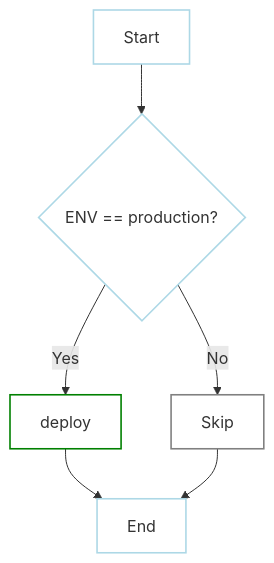
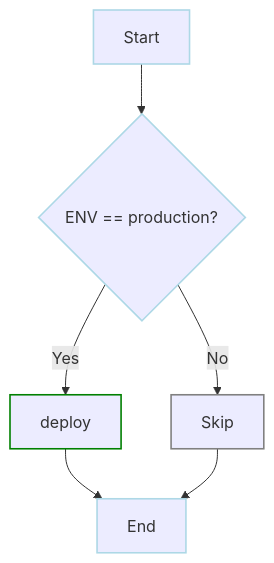
One commit to dagu-org/dagu changed the fifth of 8 diagrams in docs-next/writing-workflows/examples/index.md. Above: the diagram before and after it, drawn with Mermaid. The commit also changed other lines of this file and 8 other files, not shown here.

````diff
--- a/docs-next/writing-workflows/examples/index.md
+++ b/docs-next/writing-workflows/examples/index.md
@@ -177,14 +176,14 @@
 ```mermaid
 flowchart TD
     A[Start] --> B{ENV == production?}
     B -->|Yes| C[deploy]
     B -->|No| D[Skip]
     C --> E[End]
     D --> E
     
-    style A fill:white,stroke:lightblue,stroke-width:1.6px,color:#333
-    style B fill:white,stroke:lightblue,stroke-width:1.6px,color:#333
-    style C fill:white,stroke:green,stroke-width:1.6px,color:#333
-    style D fill:white,stroke:gray,stroke-width:1.6px,color:#333
-    style E fill:white,stroke:lightblue,stroke-width:1.6px,color:#333
+    style A stroke:lightblue,stroke-width:1.6px,color:#333
+    style B stroke:lightblue,stroke-width:1.6px,color:#333
+    style C stroke:green,stroke-width:1.6px,color:#333
+    style D stroke:gray,stroke-width:1.6px,color:#333
+    style E stroke:lightblue,stroke-width:1.6px,color:#333
 ```
````
